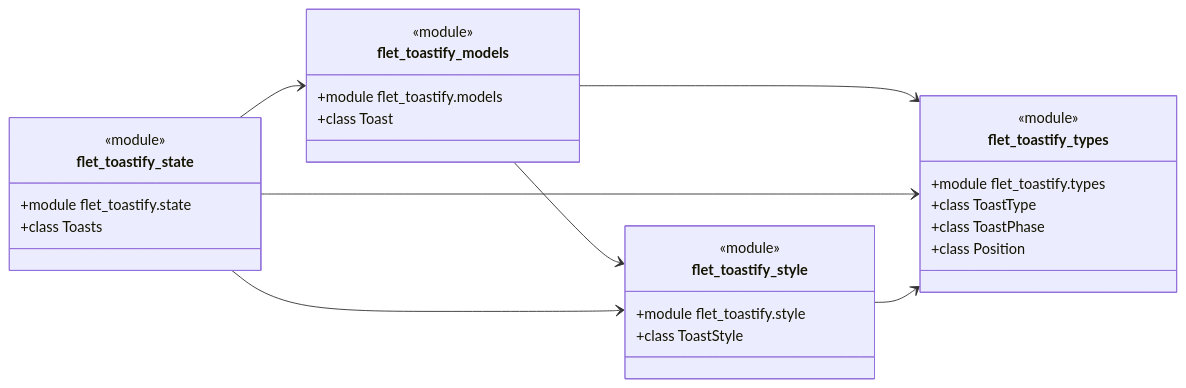
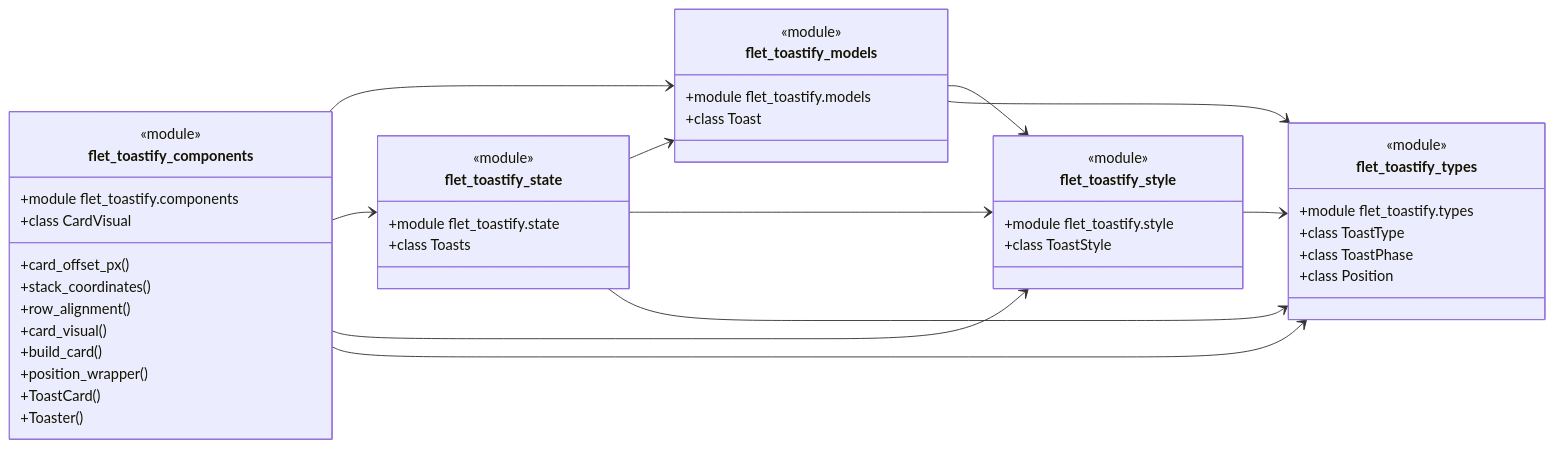
One commit to brunobrown/flet-toastify changed the diagram in docs/assets/diagrams/generated/modules.mmd. Above: the diagram before and after it, drawn with Mermaid. The commit also changed 12 other files, not shown here.

Commit message:
feat: adiciona componentes declarativos ToastCard e Toaster

```diff
--- a/docs/assets/diagrams/generated/modules.mmd
+++ b/docs/assets/diagrams/generated/modules.mmd
@@ -1,36 +1,54 @@
 classDiagram
   direction LR
   %% flet-toastify generated architecture diagrams: module dependencies
+
+  class flet_toastify_components {
+    <<module>>
+    +module flet_toastify.components
+    +class CardVisual
+    +card_offset_px()
+    +stack_coordinates()
+    +row_alignment()
+    +card_visual()
+    +build_card()
+    +position_wrapper()
+    +ToastCard()
+    +Toaster()
+  }
 
   class flet_toastify_models {
     <<module>>
     +module flet_toastify.models
     +class Toast
   }
 
   class flet_toastify_state {
     <<module>>
     +module flet_toastify.state
     +class Toasts
   }
 
   class flet_toastify_style {
     <<module>>
     +module flet_toastify.style
     +class ToastStyle
   }
 
   class flet_toastify_types {
     <<module>>
     +module flet_toastify.types
     +class ToastType
     +class ToastPhase
     +class Position
   }
 
+  flet_toastify_components --> flet_toastify_models
+  flet_toastify_components --> flet_toastify_state
+  flet_toastify_components --> flet_toastify_style
+  flet_toastify_components --> flet_toastify_types
   flet_toastify_models --> flet_toastify_style
   flet_toastify_models --> flet_toastify_types
   flet_toastify_state --> flet_toastify_models
   flet_toastify_state --> flet_toastify_style
   flet_toastify_state --> flet_toastify_types
   flet_toastify_style --> flet_toastify_types
```
